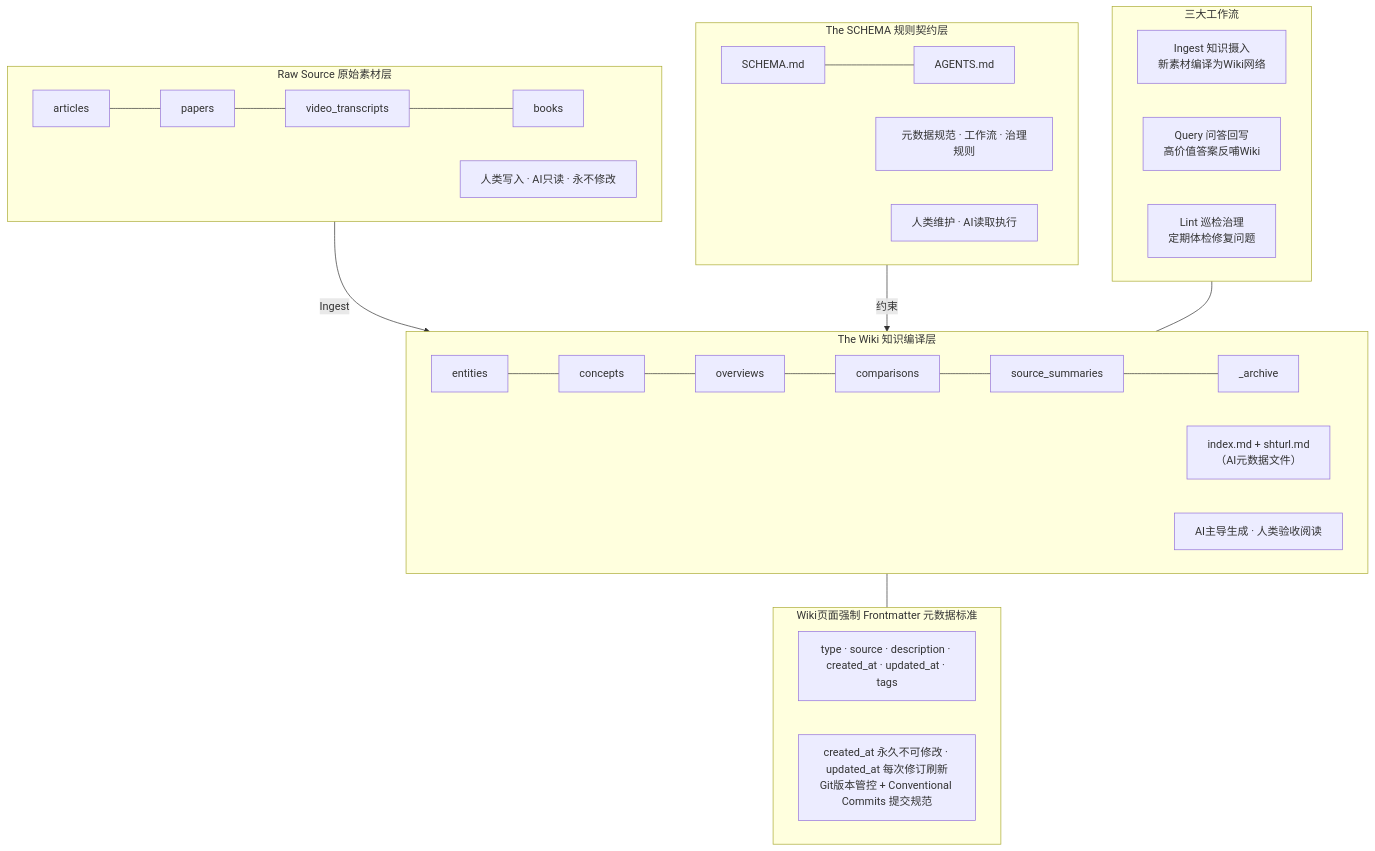
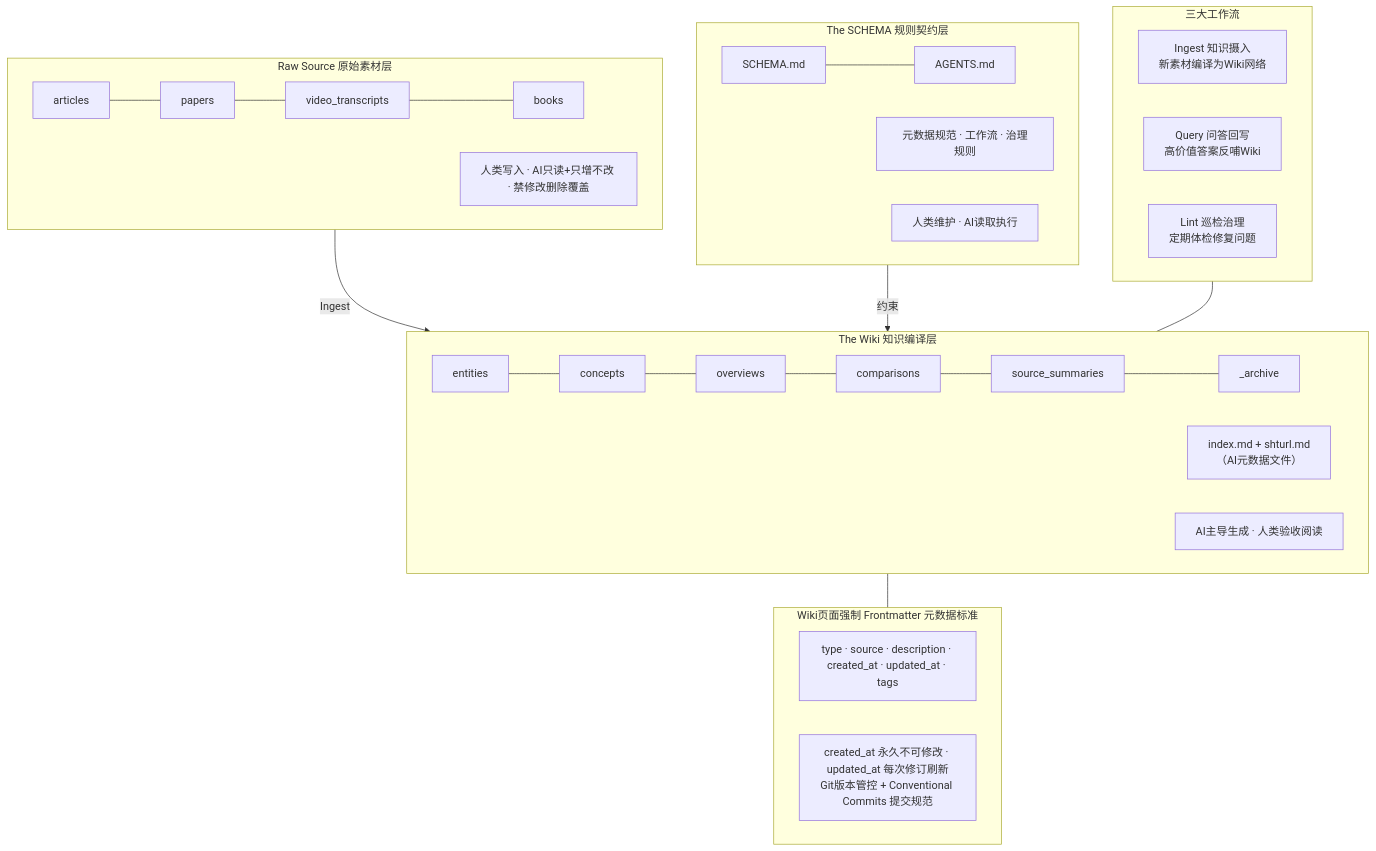
Before and after one commit to Topskys/llm-wiki: the diagram in README.md, drawn with Mermaid. The commit also changed other lines of this file and 16 other files, not shown here.

Commit message:
rule: 修改raw权限、回退与冲突规则并配图

````diff
--- a/README.md
+++ b/README.md
@@ -19,40 +19,40 @@
 ```mermaid
 flowchart TB
     subgraph RAW["Raw Source 原始素材层"]
         direction LR
         RAW1["articles"] --- RAW2["papers"] --- RAW3["video_transcripts"] --- RAW4["books"]
-        RAW_D["人类写入 · AI只读 · 永不修改"]
+        RAW_D["人类写入 · AI只读+只增不改 · 禁修改删除覆盖"]
     end
 
     subgraph WIKI["The Wiki 知识编译层"]
         direction LR
         WIKI1["entities"] --- WIKI2["concepts"] --- WIKI3["overviews"] --- WIKI4["comparisons"] --- WIKI5["source_summaries"] --- WIKI6["_archive"]
         WIKIM["index.md + shturl.md<br/>（AI元数据文件）"]
         WIKI_D["AI主导生成 · 人类验收阅读"]
     end
 
     subgraph SCHEMA["The SCHEMA 规则契约层"]
         direction LR
         SCHEMA1["SCHEMA.md"] --- SCHEMA2["AGENTS.md"]
         SCHEMA3["元数据规范 · 工作流 · 治理规则"]
         SCHEMA_D["人类维护 · AI读取执行"]
     end
 
     subgraph WORKFLOW["三大工作流"]
         direction LR
         ING["Ingest 知识摄入<br/>新素材编译为Wiki网络"]
         QUE["Query 问答回写<br/>高价值答案反哺Wiki"]
         LINT["Lint 巡检治理<br/>定期体检修复问题"]
     end
 
     subgraph META["Wiki页面强制 Frontmatter 元数据标准"]
         direction LR
         M1["type · source · description · created_at · updated_at · tags"]
         M2["created_at 永久不可修改 · updated_at 每次修订刷新<br/>Git版本管控 + Conventional Commits 提交规范"]
     end
 
     RAW -->|"Ingest"| WIKI
     SCHEMA -->|"约束"| WIKI
     WORKFLOW --- WIKI
     WIKI --- META
 ```
````
